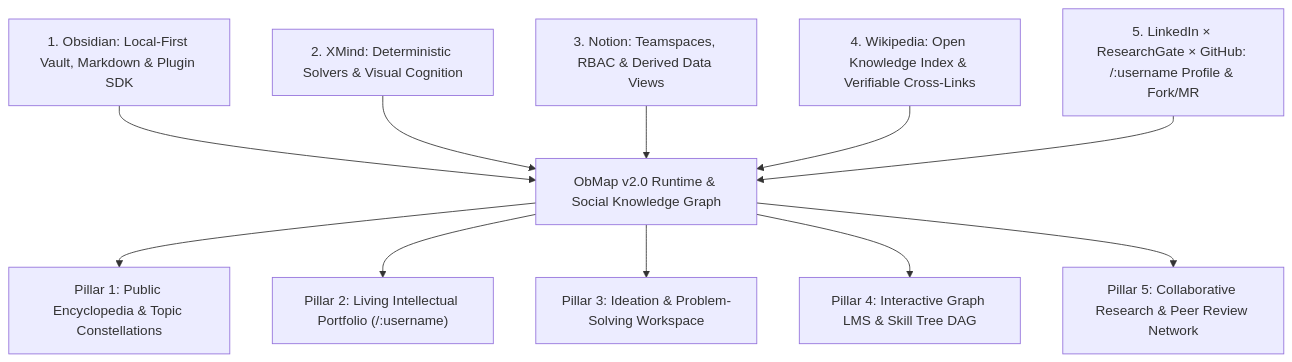
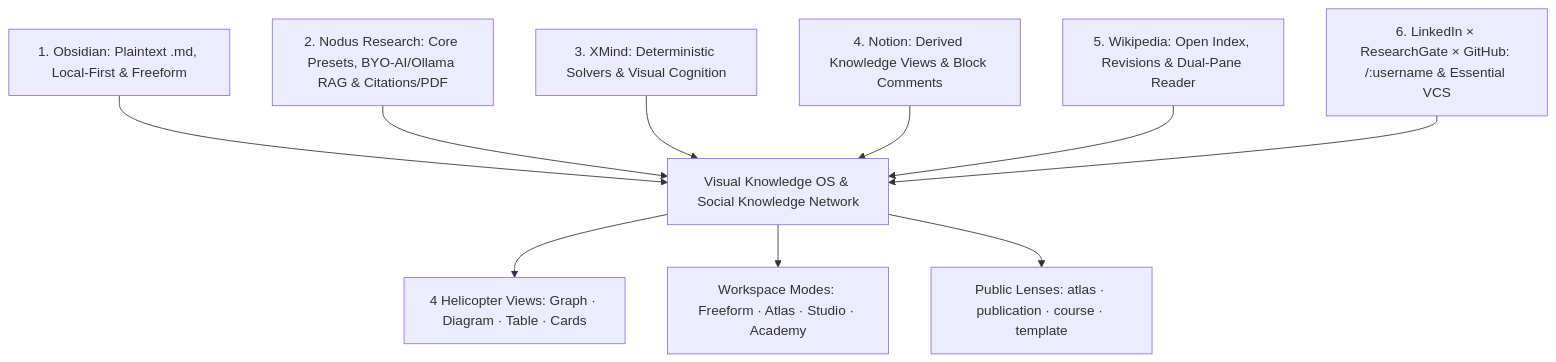
Before and after one commit to mjd-code/obmap-meed: the first of 3 diagrams in docs/00-meta/00-0-master-blueprint.md, drawn with Mermaid. The commit also changed other lines of this file and 48 other files, not shown here.

````diff
--- a/docs/00-meta/00-0-master-blueprint.md
+++ b/docs/00-meta/00-0-master-blueprint.md
@@ -67,13 +93,12 @@
 ```mermaid
 flowchart TD
-    R1["1. Obsidian: Local-First Vault, Markdown & Plugin SDK"] --> CORE["ObMap v2.0 Runtime & Social Knowledge Graph"]
-    R2["2. XMind: Deterministic Solvers & Visual Cognition"] --> CORE
-    R3["3. Notion: Teamspaces, RBAC & Derived Data Views"] --> CORE
-    R4["4. Wikipedia: Open Knowledge Index & Verifiable Cross-Links"] --> CORE
-    R5["5. LinkedIn × ResearchGate × GitHub: /:username Profile & Fork/MR"] --> CORE
-    CORE --> P1["Pillar 1: Public Encyclopedia & Topic Constellations"]
-    CORE --> P2["Pillar 2: Living Intellectual Portfolio (/:username)"]
-    CORE --> P3["Pillar 3: Ideation & Problem-Solving Workspace"]
-    CORE --> P4["Pillar 4: Interactive Graph LMS & Skill Tree DAG"]
-    CORE --> P5["Pillar 5: Collaborative Research & Peer Review Network"]
+    R1["1. Obsidian: Plaintext .md, Local-First & Freeform"] --> CORE["Visual Knowledge OS & Social Knowledge Network"]
+    R2["2. Nodus Research: Core Presets, BYO-AI/Ollama RAG & Citations/PDF"] --> CORE
+    R3["3. XMind: Deterministic Solvers & Visual Cognition"] --> CORE
+    R4["4. Notion: Derived Knowledge Views & Block Comments"] --> CORE
+    R5["5. Wikipedia: Open Index, Revisions & Dual-Pane Reader"] --> CORE
+    R6["6. LinkedIn × ResearchGate × GitHub: /:username & Essential VCS"] --> CORE
+    CORE --> M1["4 Helicopter Views: Graph · Diagram · Table · Cards"]
+    CORE --> M2["Workspace Modes: Freeform · Atlas · Studio · Academy"]
+    CORE --> M3["Public Lenses: atlas · publication · course · template"]
 ```
````
